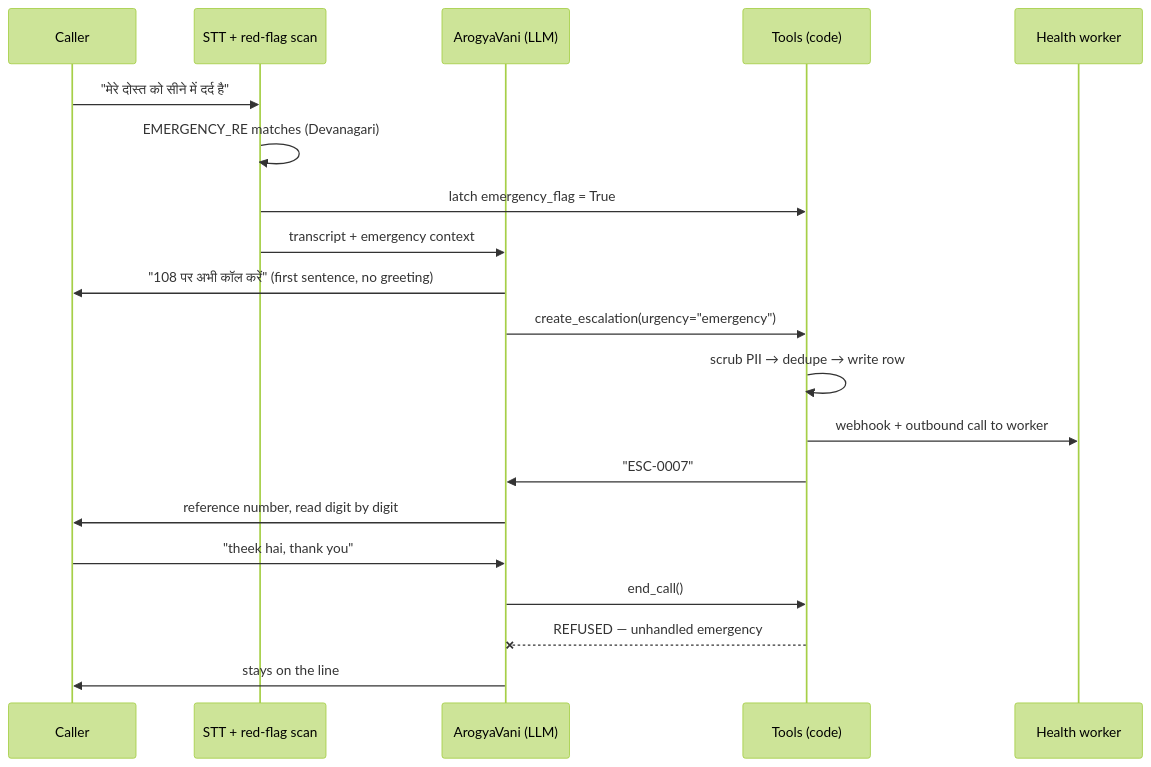
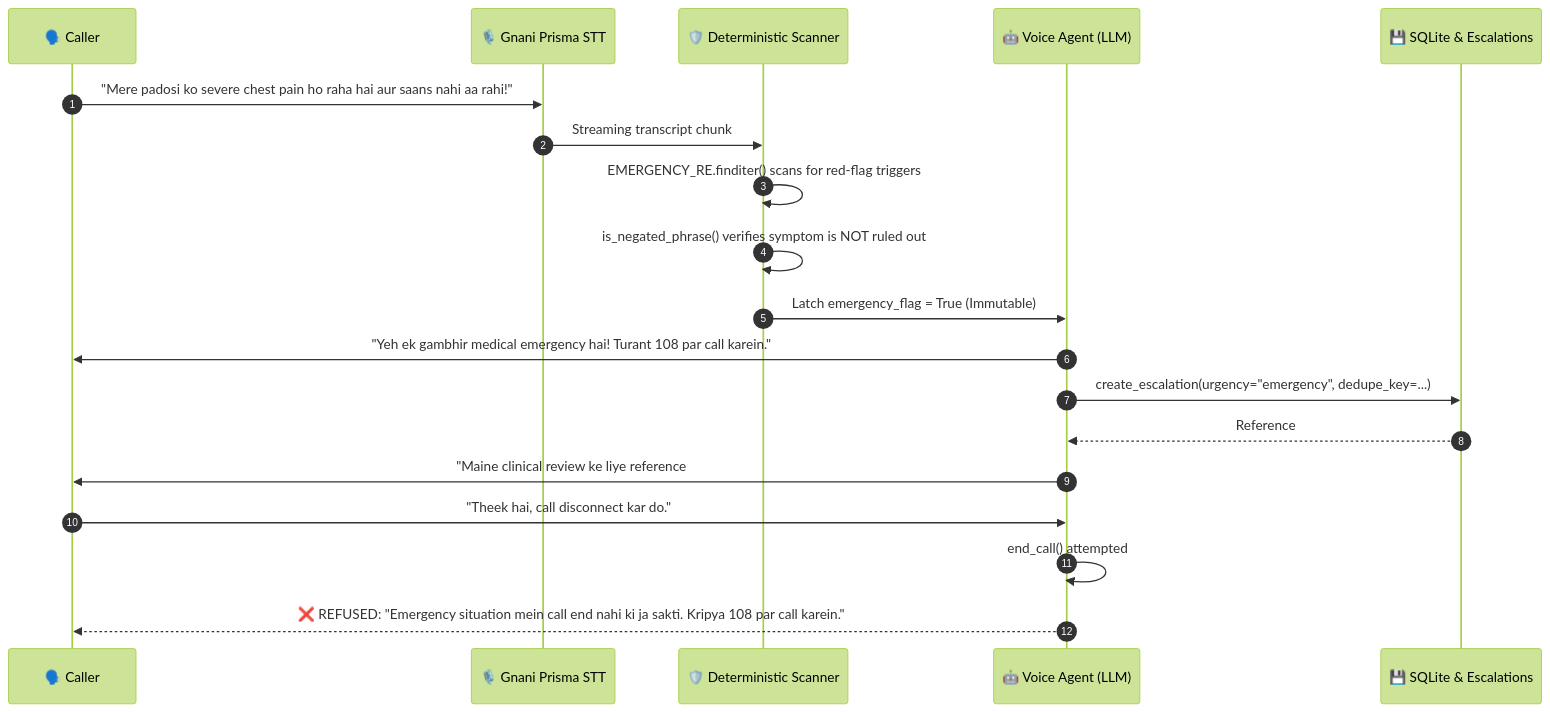
Before and after one commit to sakshitiwari2051-png/ArogyaVani: the second of 2 diagrams in README.md, drawn with Mermaid (forest theme). The commit also changed other lines of this file and 9 other files, not shown here.

````diff
--- a/README.md
+++ b/README.md
@@ -149,23 +170,22 @@
 ```mermaid
 sequenceDiagram
-    participant U as Caller
-    participant S as STT + red-flag scan
-    participant A as ArogyaVani (LLM)
-    participant T as Tools (code)
-    participant H as Health worker
+    autonumber
+    participant Caller as 🗣️ Caller
+    participant Pipeline as 🎙️ Gnani Prisma STT
+    participant Guard as 🛡️ Deterministic Scanner
+    participant Agent as 🤖 Voice Agent (LLM)
+    participant DB as 💾 SQLite & Escalations
 
-    U->>S: "मेरे दोस्त को सीने में दर्द है"
-    S->>S: EMERGENCY_RE matches (Devanagari)
-    S->>T: latch emergency_flag = True
-    S->>A: transcript + emergency context
-    A->>U: "108 पर अभी कॉल करें" (first sentence, no greeting)
-    A->>T: create_escalation(urgency="emergency")
-    T->>T: scrub PII → dedupe → write row
-    T->>H: webhook + outbound call to worker
-    T->>A: "ESC-0007"
-    A->>U: reference number, read digit by digit
-    U->>A: "theek hai, thank you"
-    A->>T: end_call()
-    T--xA: REFUSED — unhandled emergency
-    A->>U: stays on the line
+    Caller->>Pipeline: "Mere padosi ko severe chest pain ho raha hai aur saans nahi aa rahi!"
+    Pipeline->>Guard: Streaming transcript chunk
+    Guard->>Guard: EMERGENCY_RE.finditer() scans for red-flag triggers
+    Guard->>Guard: is_negated_phrase() verifies symptom is NOT ruled out
+    Guard->>Agent: Latch emergency_flag = True (Immutable)
+    Agent->>Caller: "Yeh ek gambhir medical emergency hai! Turant 108 par call karein."
+    Agent->>DB: create_escalation(urgency="emergency", dedupe_key=...)
+    DB-->>Agent: Reference #ESC-0042
+    Agent->>Caller: "Maine clinical review ke liye reference #ESC-0042 darj kiya hai. Kripya line par bane rahein."
+    Caller->>Agent: "Theek hai, call disconnect kar do."
+    Agent->>Agent: end_call() attempted
+    Agent-->>Caller: ❌ REFUSED: "Emergency situation mein call end nahi ki ja sakti. Kripya 108 par call karein."
 ```
````
